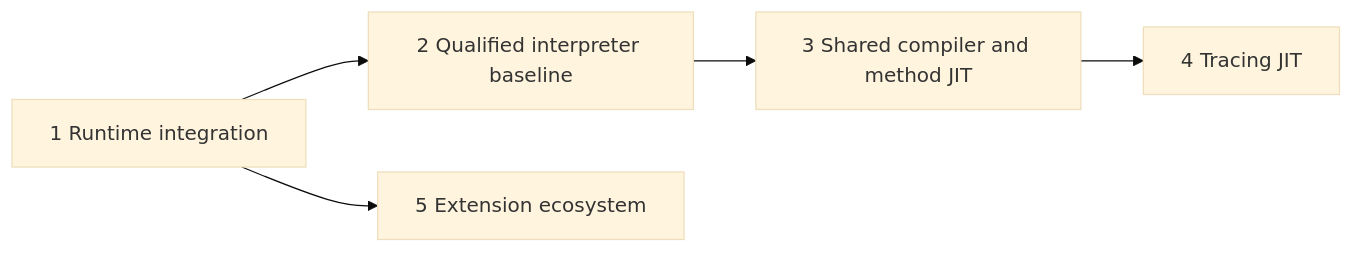
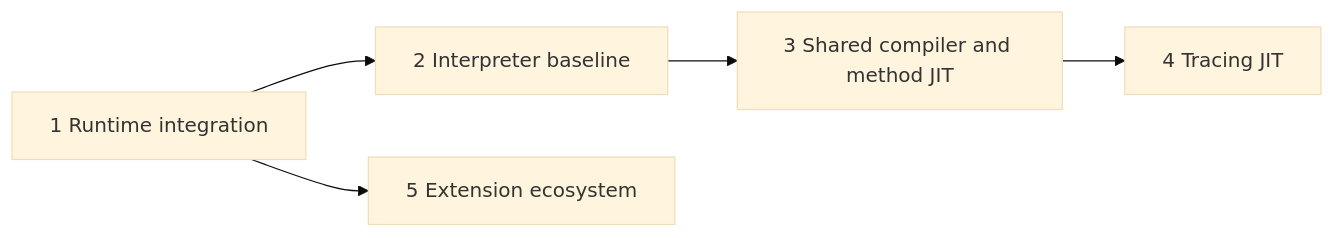
Before and after one commit to rjpower/cpython: the diagram in pyjit/ROADMAP.md, drawn with Mermaid (base theme). The commit also changed other lines of this file and 17 other files, not shown here.

````diff
--- a/pyjit/ROADMAP.md
+++ b/pyjit/ROADMAP.md
@@ -11,7 +8,7 @@
 ```mermaid
 flowchart LR
-    Runtime[1 Runtime integration] --> Baseline[2 Qualified interpreter baseline]
+    Runtime[1 Runtime integration] --> Baseline[2 Interpreter baseline]
     Baseline --> Method[3 Shared compiler and method JIT]
     Method --> Trace[4 Tracing JIT]
     Runtime --> Extensions[5 Extension ecosystem]
 ```
````
